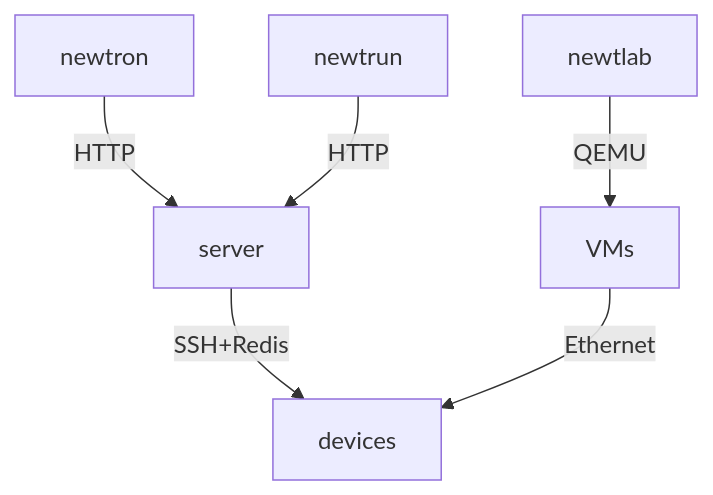
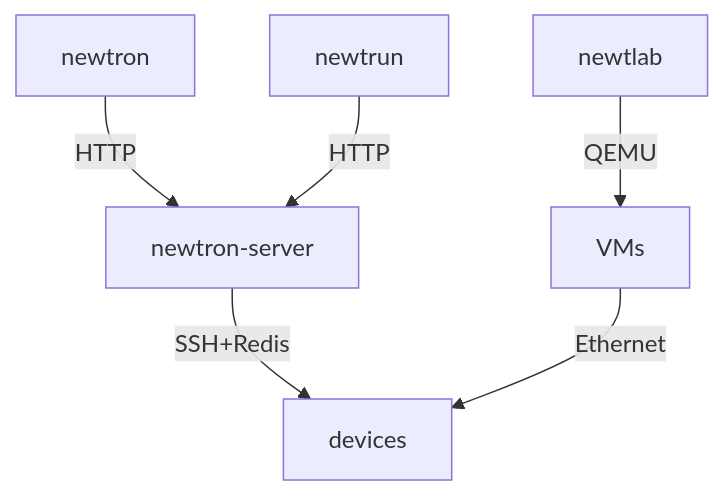
One commit to aldrin-isaac/newtron changed the diagram in docs/diagrams/system-overview.mmd. Above: the diagram before and after it, drawn with Mermaid. The commit also changed 1 other file, not shown here.

Commit message:
Diagram: use newtron-server, not server

```diff
--- a/docs/diagrams/system-overview.mmd
+++ b/docs/diagrams/system-overview.mmd
@@ -1,6 +1,6 @@
 graph TD
-    newtron -->|HTTP| server
-    newtrun -->|HTTP| server
-    server -->|SSH+Redis| devices
+    newtron -->|HTTP| newtron-server
+    newtrun -->|HTTP| newtron-server
+    newtron-server -->|SSH+Redis| devices
     newtlab -->|QEMU| VMs
     VMs -->|Ethernet| devices
```
